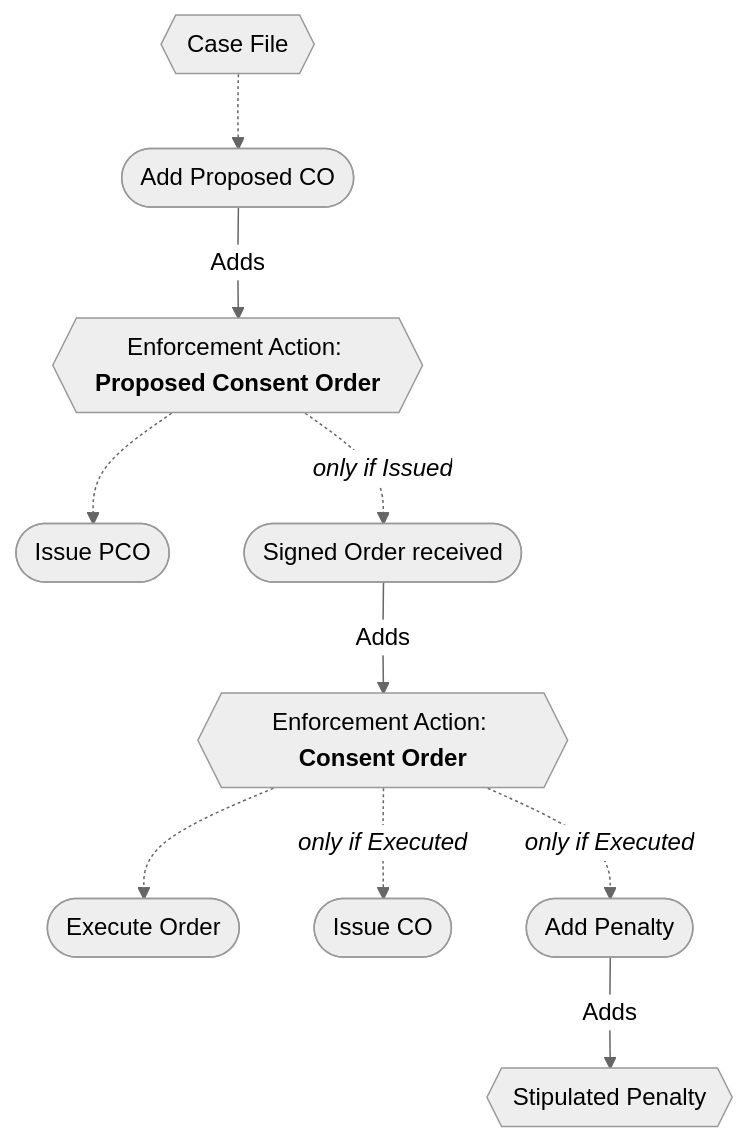
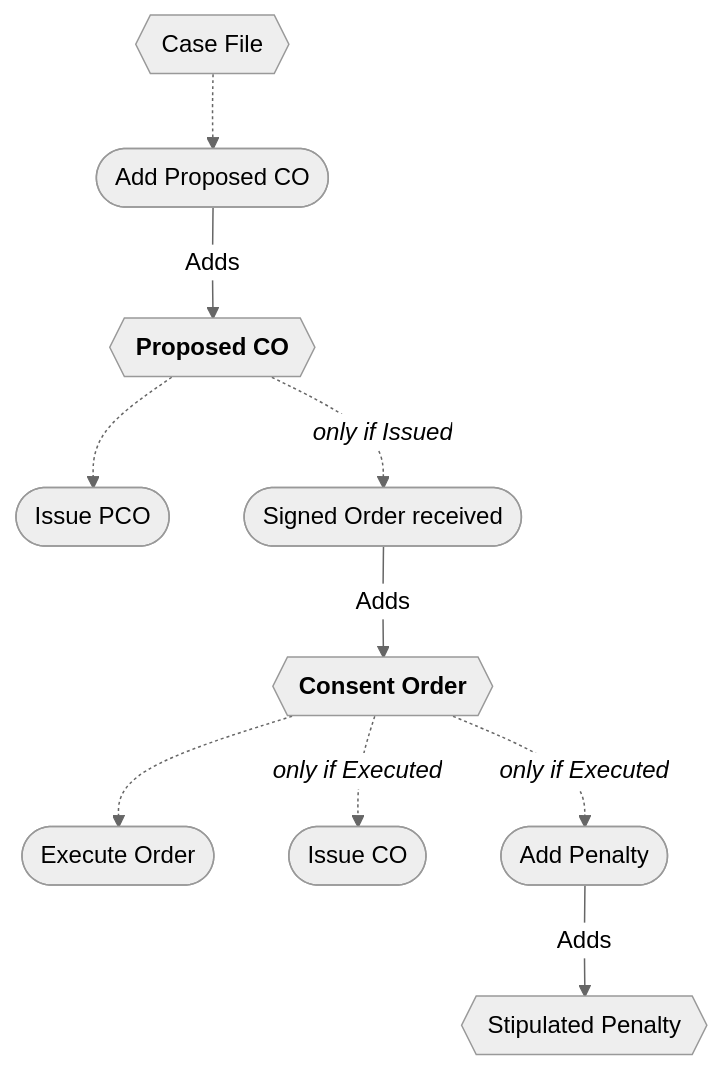
Before and after one commit to gaepdit/air-web: the third of 4 diagrams in docs/Workflows/Enforcement-workflow.md, drawn with Mermaid (neutral theme).

Commit message:
Fix enforcement workflow

````diff
--- a/docs/Workflows/Enforcement-workflow.md
+++ b/docs/Workflows/Enforcement-workflow.md
@@ -150,23 +150,23 @@
 ```mermaid
 flowchart
     ENF{{Case File}}
-    PCO{{"`Enforcement Action: **Proposed Consent Order**`"}}
-    CO{{"`Enforcement Action: **Consent Order**`"}}
+    PCO{{"`**Proposed CO**`"}}
+    CO{{"`**Consent Order**`"}}
     STP{{Stipulated Penalty}}
     addPCO([Add Proposed CO])
     issuePCO([Issue PCO])
     signed([Signed Order received])
     execute([Execute Order])
     issueCO([Issue CO])
     penalty([Add Penalty])
     ENF -.-> addPCO
     PCO -.-> issuePCO
     PCO -.->|"`*only if Issued*`"| signed
     CO -.-> execute
     CO -.->|"`*only if Executed*`"| issueCO
     CO -.->|"`*only if Executed*`"| penalty
     addPCO -->|Adds| PCO
     signed -->|Adds| CO
     penalty -->|Adds| STP
 
 ```
````
